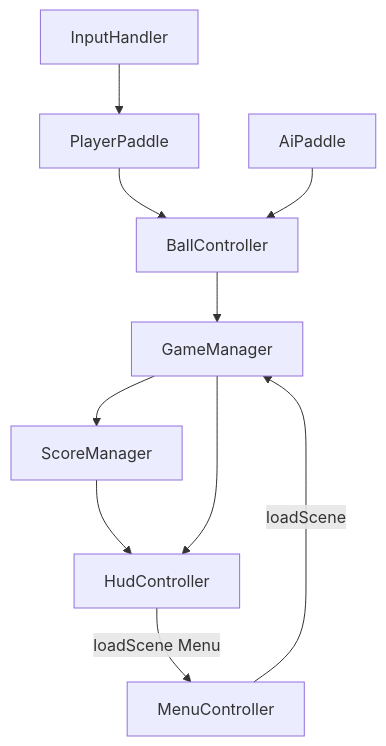
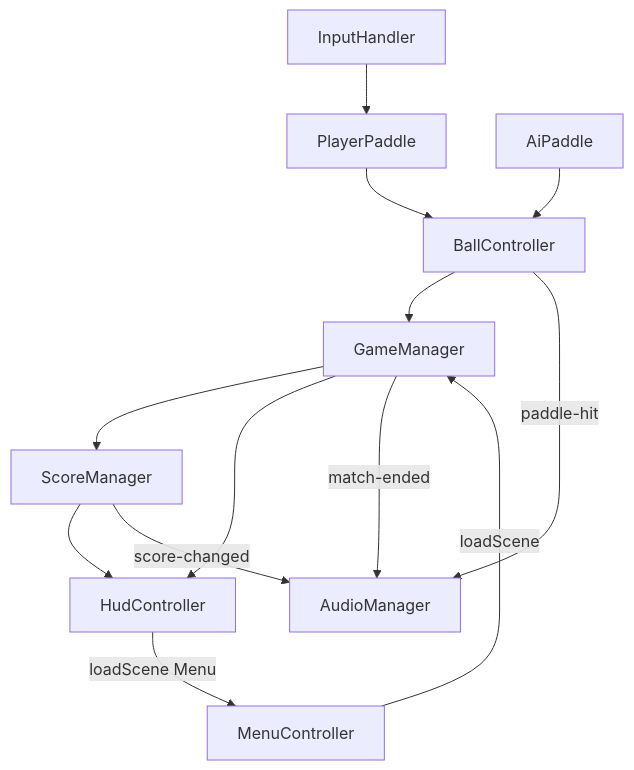
One commit to BeoNH/PingPong changed the diagram in docs/03-ARCHITECTURE.md. Above: the diagram before and after it, drawn with Mermaid. The commit also changed other lines of this file and 53 other files, not shown here.

````diff
--- a/docs/03-ARCHITECTURE.md
+++ b/docs/03-ARCHITECTURE.md
@@ -16,21 +16,25 @@
 ```mermaid
 flowchart TB
   GM[GameManager]
   BM[BallController]
   PP[PlayerPaddle]
   AP[AiPaddle]
   SM[ScoreManager]
   IH[InputHandler]
   HUD[HudController]
   MC[MenuController]
+  AM[AudioManager]
 
   MC -->|loadScene| GM
   HUD -->|loadScene Menu| MC
   IH --> PP
   PP --> BM
   AP --> BM
   BM --> GM
+  BM -->|paddle-hit| AM
   GM --> SM
   SM --> HUD
+  SM -->|score-changed| AM
   GM --> HUD
+  GM -->|match-ended| AM
 ```
````
